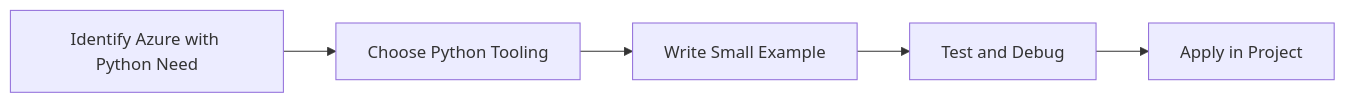
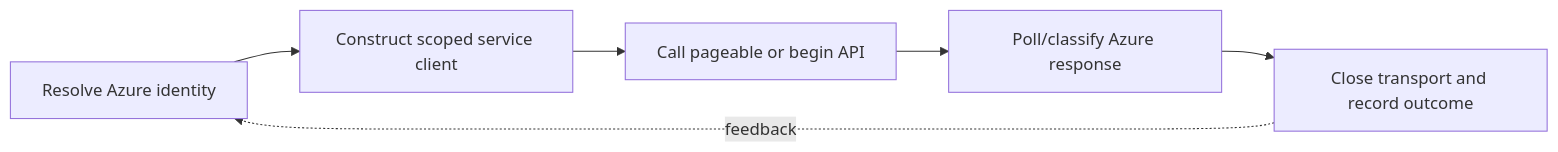
The diagram in Python-Mastery/Advanced/35-azure-with-python.md (SYMOIZ/E-Learning-Portal), drawn with Mermaid before and after one commit. The commit also changed other lines of this file and 116 other files, not shown here.

````diff
--- a/Python-Mastery/Advanced/35-azure-with-python.md
+++ b/Python-Mastery/Advanced/35-azure-with-python.md
@@ -133,7 +157,8 @@
 ```mermaid
 flowchart LR
-    A[Identify Azure with Python Need] --> B[Choose Python Tooling]
-    B --> C[Write Small Example]
-    C --> D[Test and Debug]
-    D --> E[Apply in Project]
+    A[Resolve Azure identity] --> B[Construct scoped service client]
+    B --> C[Call pageable or begin API]
+    C --> D[Poll/classify Azure response]
+    D --> E[Close transport and record outcome]
+    E -. feedback .-> A
 ```
````
